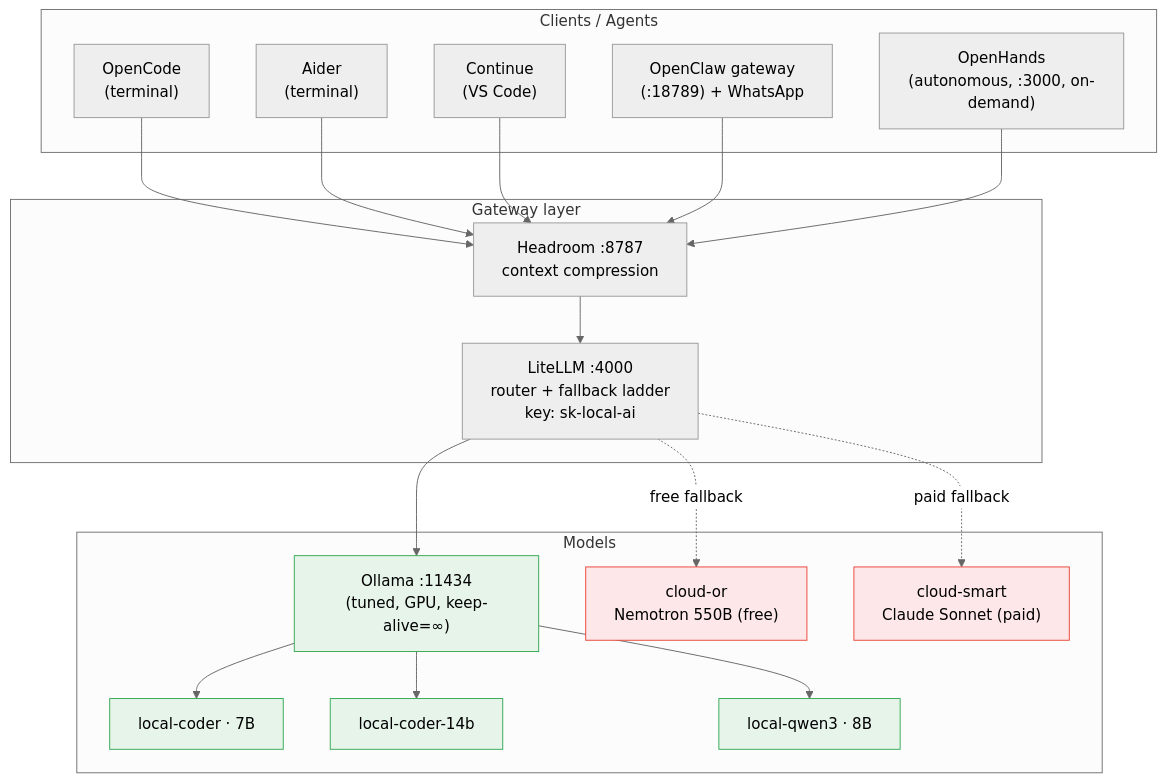
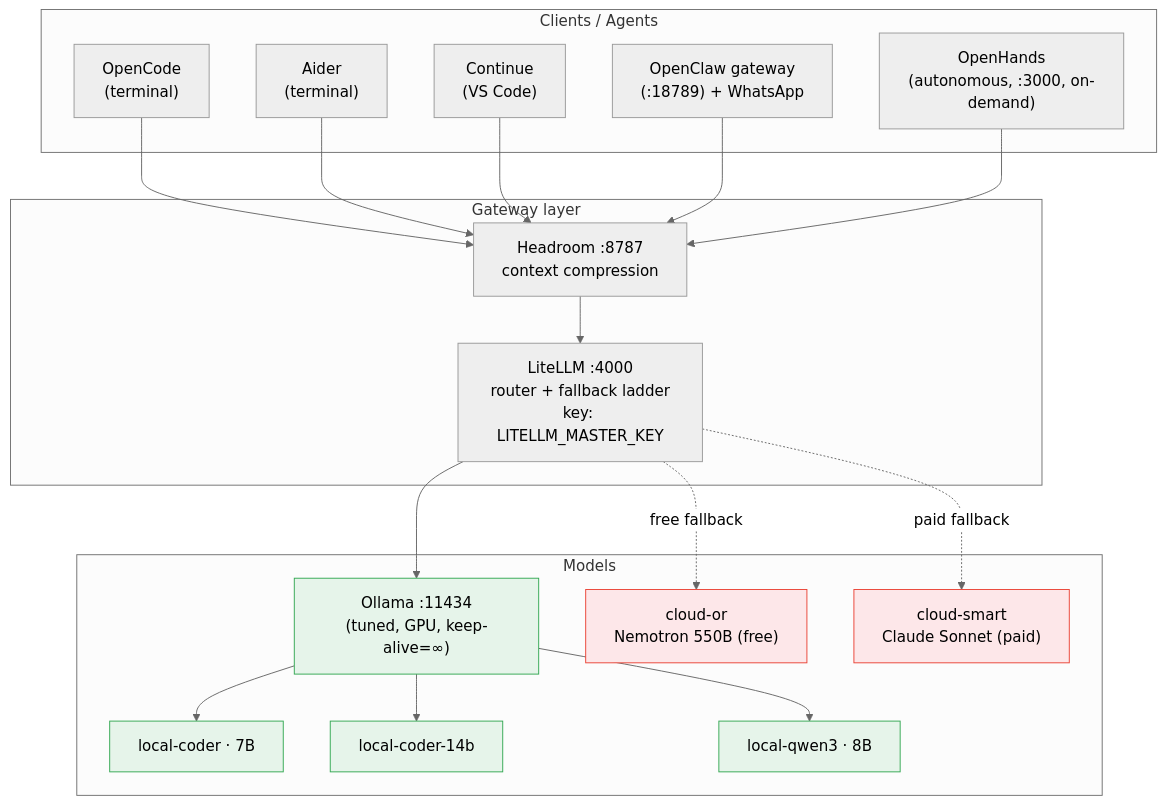
Before and after one commit to smithdavedesign/Github-HQ: the diagram in docs/ai-stack/README.md, drawn with Mermaid (neutral theme). The commit also changed other lines of this file and 13 other files, not shown here.

````diff
--- a/docs/ai-stack/README.md
+++ b/docs/ai-stack/README.md
@@ -21,40 +21,40 @@
 ```mermaid
 flowchart TB
     subgraph clients["Clients / Agents"]
         OC["OpenCode<br/>(terminal)"]
         AI["Aider<br/>(terminal)"]
         CT["Continue<br/>(VS Code)"]
         OH["OpenHands<br/>(autonomous, :3000, on-demand)"]
         OClaw["OpenClaw gateway<br/>(:18789) + WhatsApp"]
     end
 
     subgraph gateway["Gateway layer"]
         HR["Headroom :8787<br/>context compression"]
-        LL["LiteLLM :4000<br/>router + fallback ladder<br/>key: sk-local-ai"]
+        LL["LiteLLM :4000<br/>router + fallback ladder<br/>key: LITELLM_MASTER_KEY"]
     end
 
     subgraph models["Models"]
         OLL["Ollama :11434<br/>(tuned, GPU, keep-alive=∞)"]
         LC["local-coder · 7B"]
         L14["local-coder-14b"]
         LQ["local-qwen3 · 8B"]
         COR["cloud-or<br/>Nemotron 550B (free)"]
         CS["cloud-smart<br/>Claude Sonnet (paid)"]
     end
 
     OC --> HR
     AI --> HR
     CT --> HR
     OClaw --> HR
     OH --> HR
     HR --> LL
     LL --> OLL
     OLL --> LC & L14 & LQ
     LL -.free fallback.-> COR
     LL -.paid fallback.-> CS
 
     classDef local fill:#e6f4ea,stroke:#34a853;
     classDef cloud fill:#fde7e9,stroke:#ea4335;
     class OLL,LC,L14,LQ local;
     class COR,CS cloud;
 ```
````
